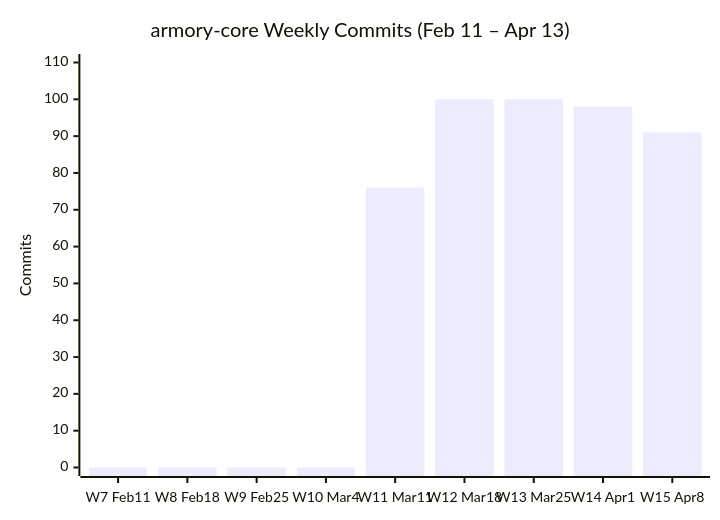
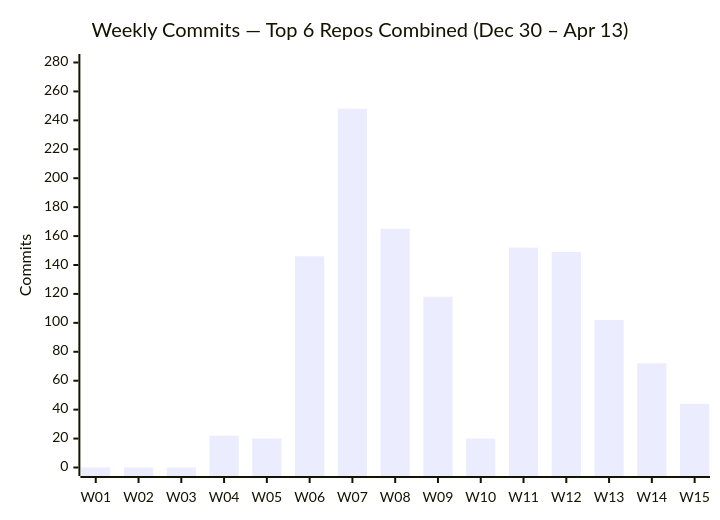
One commit to fusion94/fusion94 changed the first of 3 diagrams in code-stats.md. Above: the diagram before and after it, drawn with Mermaid. The commit also changed other lines of this file, not shown here.

First line of the commit message:
docs: full code-stats report Dec 30 2025 – Apr 13 2026

````diff
--- a/code-stats.md
+++ b/code-stats.md
@@ -48,7 +59,7 @@
 ```mermaid
 xychart-beta
-  title "armory-core Weekly Commits (Feb 11 – Apr 13)"
-  x-axis ["W7 Feb11", "W8 Feb18", "W9 Feb25", "W10 Mar4", "W11 Mar11", "W12 Mar18", "W13 Mar25", "W14 Apr1", "W15 Apr8"]
-  y-axis "Commits" 0 --> 110
-  bar [0, 0, 0, 0, 76, 100, 100, 98, 91]
+  title "Weekly Commits — Top 6 Repos Combined (Dec 30 – Apr 13)"
+  x-axis ["W01", "W02", "W03", "W04", "W05", "W06", "W07", "W08", "W09", "W10", "W11", "W12", "W13", "W14", "W15"]
+  y-axis "Commits" 0 --> 280
+  bar [0, 0, 0, 22, 20, 146, 248, 165, 118, 20, 152, 149, 102, 72, 44]
 ```
````
